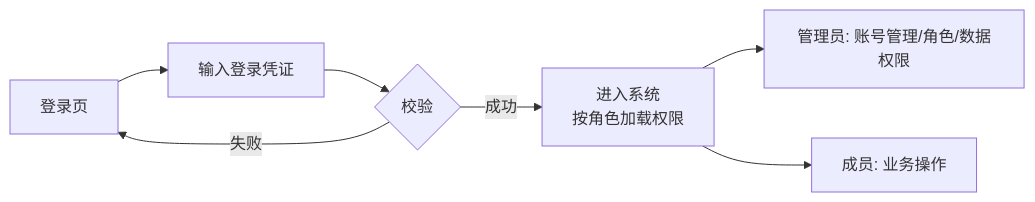
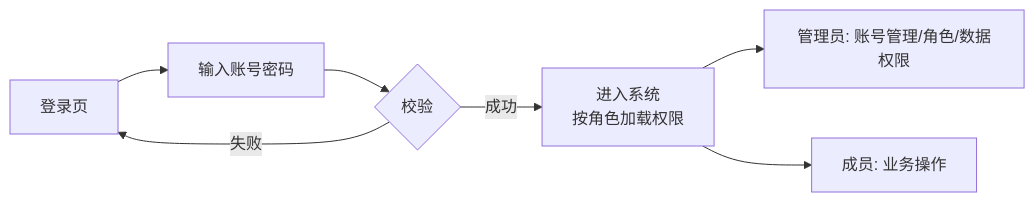
Before and after one commit to lophyJessica/forge-scrm: the first of 2 diagrams in prd-docs/modules/05-权限与账号PRD.md, drawn with Mermaid. The commit also changed other lines of this file and 17 other files, not shown here.

````diff
--- a/prd-docs/modules/05-权限与账号PRD.md
+++ b/prd-docs/modules/05-权限与账号PRD.md
@@ -26,9 +26,9 @@
 ```mermaid
 flowchart LR
-    A[登录页] --> B[输入登录凭证]
+    A[登录页] --> B[输入账号密码]
     B --> C{校验}
     C -->|成功| D[进入系统<br/>按角色加载权限]
     C -->|失败| A
     D --> E[管理员: 账号管理/角色/数据权限]
     D --> F[成员: 业务操作]
 ```
````
